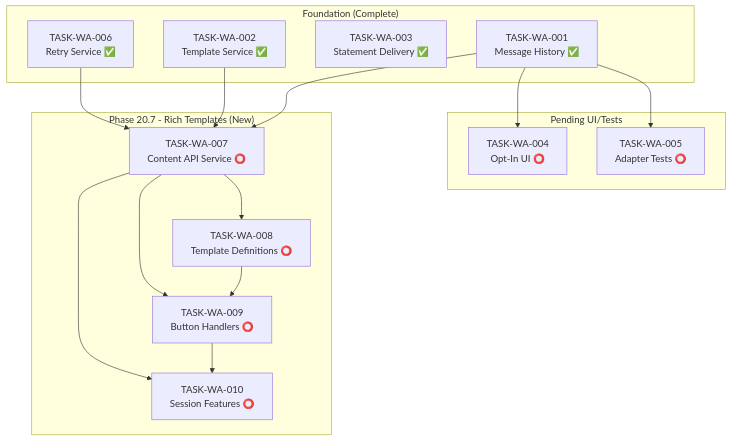
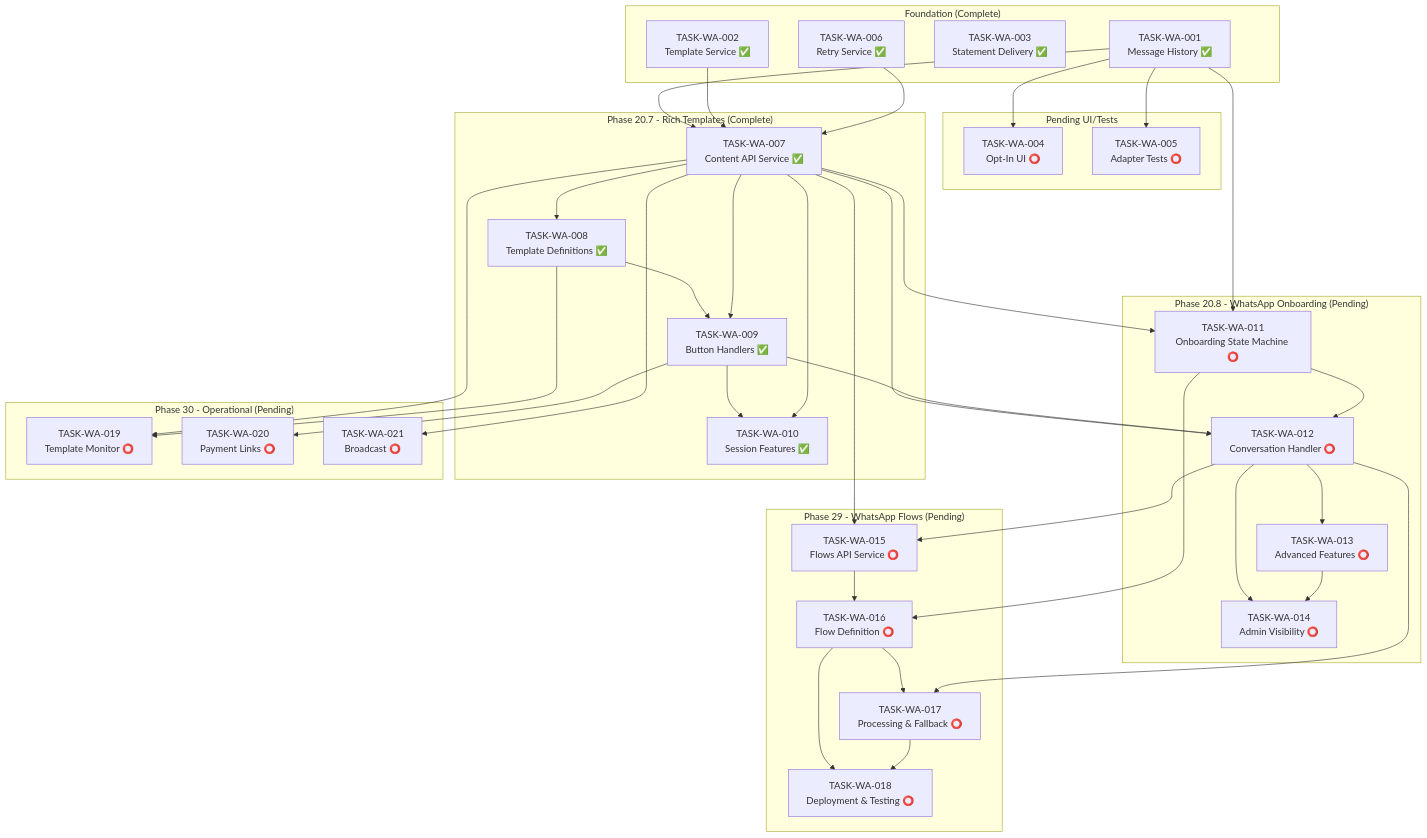
The diagram in specs/tasks/_traceability-whatsapp.md (Smashkat12/crechebooks), drawn with Mermaid before and after one commit. The commit also changed other lines of this file and 19 other files, not shown here.

First line of the commit message:
feat(whatsapp): implement parent onboarding via conversational flow

````diff
--- a/specs/tasks/_traceability-whatsapp.md
+++ b/specs/tasks/_traceability-whatsapp.md
@@ -154,32 +213,75 @@
 ```mermaid
 graph TD
     subgraph "Foundation (Complete)"
         A[TASK-WA-001<br/>Message History ✅]
         B[TASK-WA-002<br/>Template Service ✅]
         C[TASK-WA-003<br/>Statement Delivery ✅]
         G[TASK-WA-006<br/>Retry Service ✅]
     end
 
     subgraph "Pending UI/Tests"
         H[TASK-WA-004<br/>Opt-In UI ⭕]
         I[TASK-WA-005<br/>Adapter Tests ⭕]
     end
 
-    subgraph "Phase 20.7 - Rich Templates (New)"
-        D[TASK-WA-007<br/>Content API Service ⭕]
-        E[TASK-WA-008<br/>Template Definitions ⭕]
-        F[TASK-WA-009<br/>Button Handlers ⭕]
-        J[TASK-WA-010<br/>Session Features ⭕]
+    subgraph "Phase 20.7 - Rich Templates (Complete)"
+        D[TASK-WA-007<br/>Content API Service ✅]
+        E[TASK-WA-008<br/>Template Definitions ✅]
+        F[TASK-WA-009<br/>Button Handlers ✅]
+        J[TASK-WA-010<br/>Session Features ✅]
+    end
+
+    subgraph "Phase 20.8 - WhatsApp Onboarding (Pending)"
+        K[TASK-WA-011<br/>Onboarding State Machine ⭕]
+        L[TASK-WA-012<br/>Conversation Handler ⭕]
+        M[TASK-WA-013<br/>Advanced Features ⭕]
+        N[TASK-WA-014<br/>Admin Visibility ⭕]
+    end
+
+    subgraph "Phase 29 - WhatsApp Flows (Pending)"
+        O[TASK-WA-015<br/>Flows API Service ⭕]
+        P[TASK-WA-016<br/>Flow Definition ⭕]
+        Q[TASK-WA-017<br/>Processing & Fallback ⭕]
+        R[TASK-WA-018<br/>Deployment & Testing ⭕]
+    end
+
+    subgraph "Phase 30 - Operational (Pending)"
+        S[TASK-WA-019<br/>Template Monitor ⭕]
+        T[TASK-WA-020<br/>Payment Links ⭕]
+        U[TASK-WA-021<br/>Broadcast ⭕]
     end
 
     A --> D
     B --> D
     G --> D
     D --> E
     E --> F
     D --> F
     F --> J
     D --> J
     A --> H
     A --> I
+
+    A --> K
+    D --> K
+    K --> L
+    D --> L
+    F --> L
+    L --> M
+    L --> N
+    M --> N
+
+    D --> O
+    L --> O
+    O --> P
+    K --> P
+    P --> Q
+    L --> Q
+    P --> R
+    Q --> R
+
+    D --> S
+    E --> S
+    F --> T
+    D --> U
 ```
````
